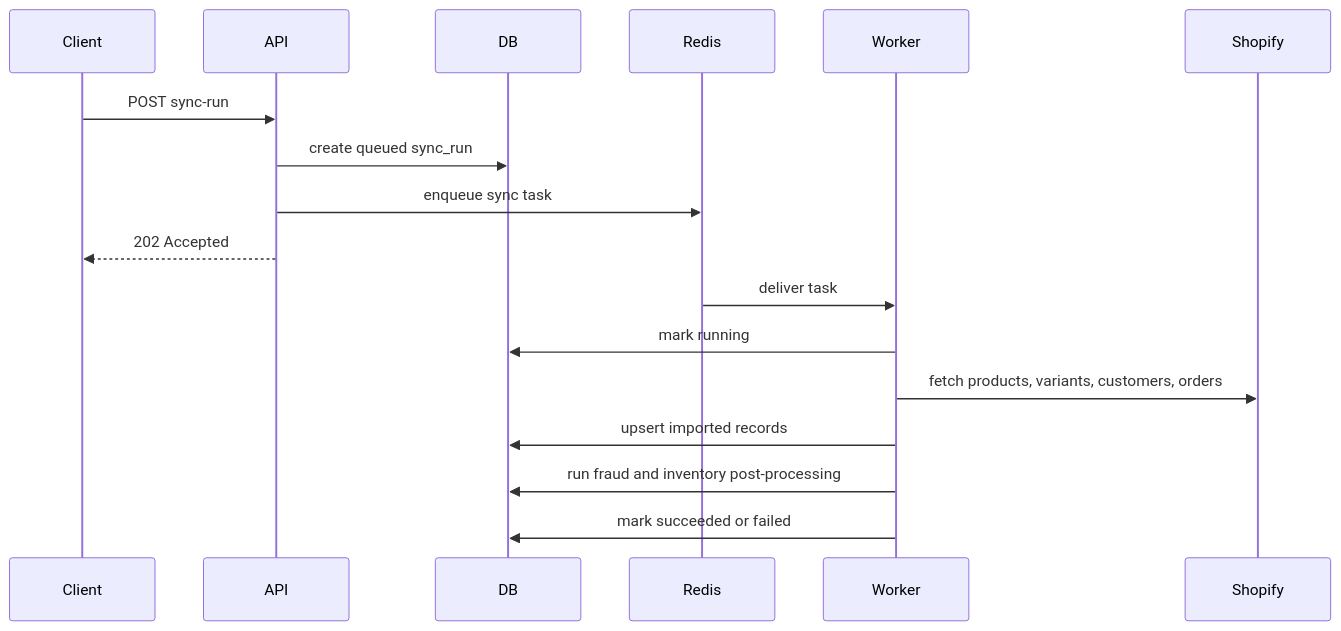
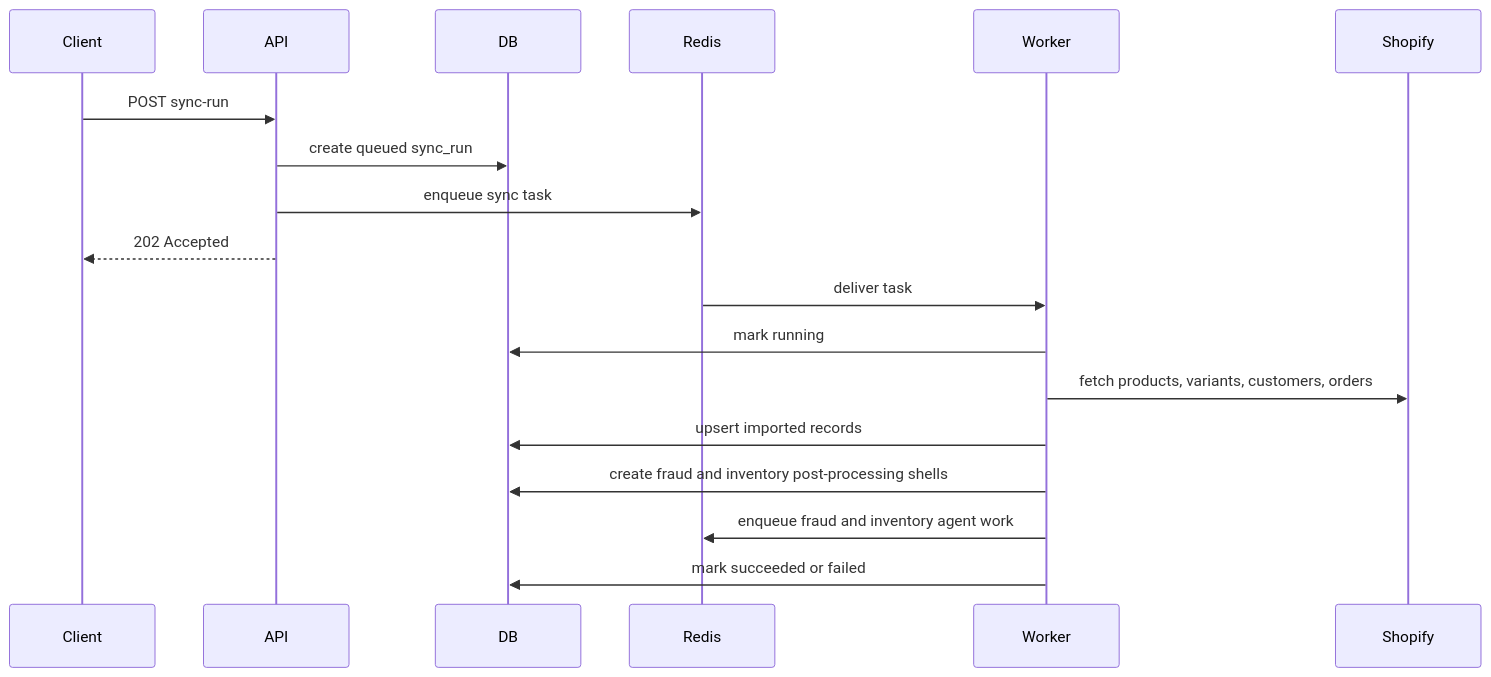
The fifth of 8 diagrams in docs/public/architecture.md (danishali778/ecommerce_ai), drawn with Mermaid before and after one commit. The commit also changed other lines of this file and 4 other files, not shown here.

````diff
--- a/docs/public/architecture.md
+++ b/docs/public/architecture.md
@@ -122,20 +123,21 @@
 ```mermaid
 sequenceDiagram
     participant Client
     participant API
     participant DB
     participant Redis
     participant Worker
     participant Shopify
 
     Client->>API: POST sync-run
     API->>DB: create queued sync_run
     API->>Redis: enqueue sync task
     API-->>Client: 202 Accepted
     Redis->>Worker: deliver task
     Worker->>DB: mark running
     Worker->>Shopify: fetch products, variants, customers, orders
     Worker->>DB: upsert imported records
-    Worker->>DB: run fraud and inventory post-processing
+    Worker->>DB: create fraud and inventory post-processing shells
+    Worker->>Redis: enqueue fraud and inventory agent work
     Worker->>DB: mark succeeded or failed
 ```
````
